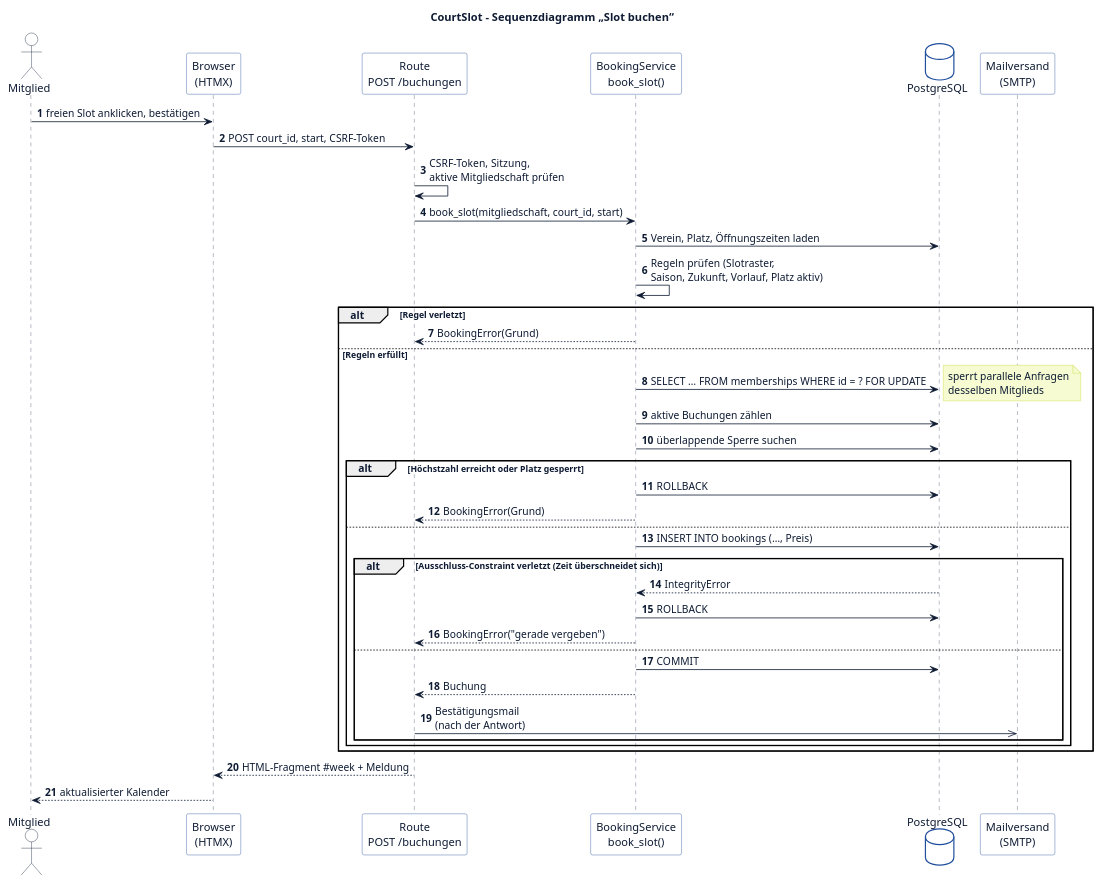
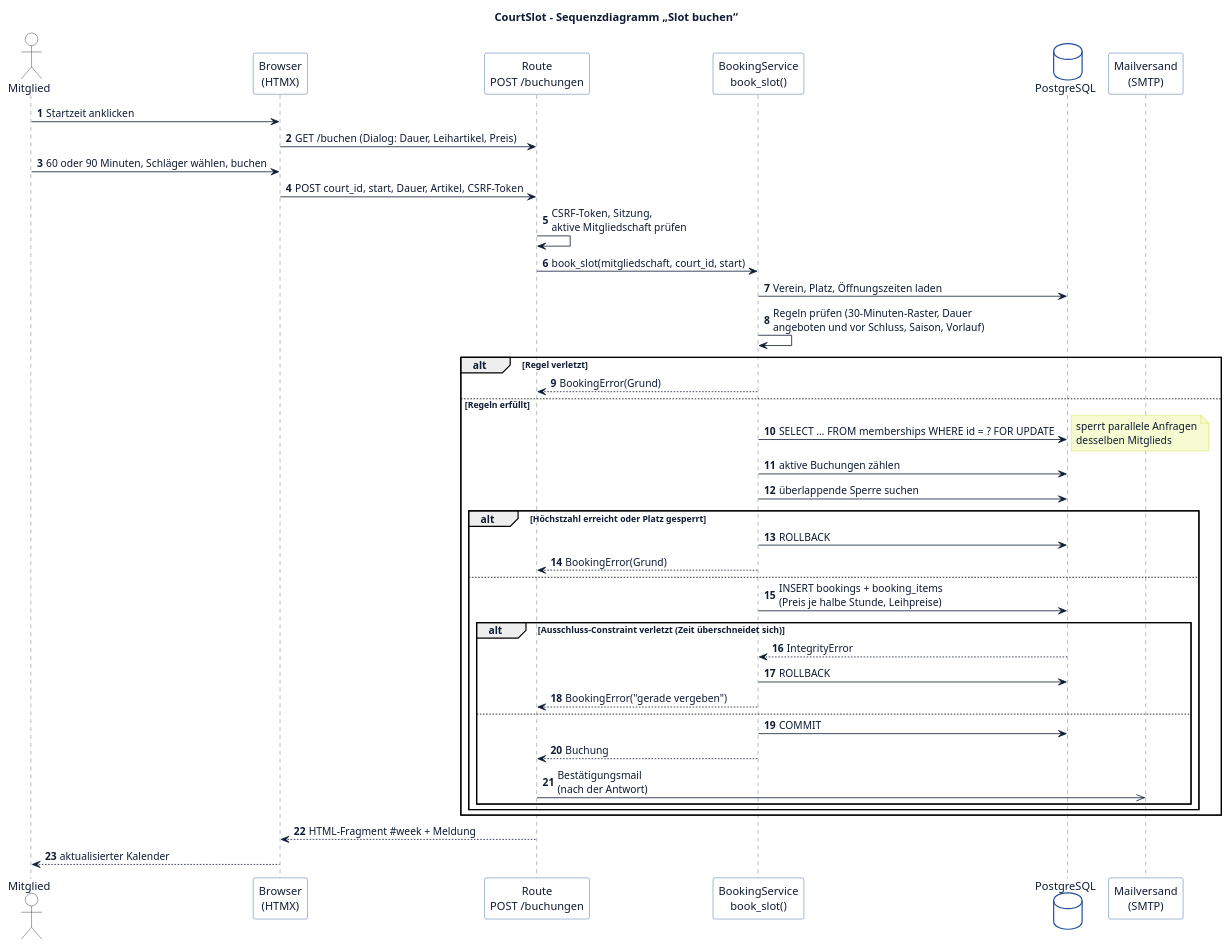
Before and after one commit to pasi140802/Anwendungsentwicklung: the diagram in docs/uml/04_sequenz_buchen.puml, drawn with PlantUML. The commit also changed 42 other files, not shown here.

First line of the commit message:
Spieldauer 60/90 wählbar, Preise pro Stunde, Schläger und Bälle leihen

```diff
--- a/docs/uml/04_sequenz_buchen.puml
+++ b/docs/uml/04_sequenz_buchen.puml
@@ -1,56 +1,58 @@
 @startuml sequenz_buchen
 title CourtSlot – Sequenzdiagramm „Slot buchen“
 skinparam shadowing false
 skinparam ArrowColor #0e1b33
 skinparam defaultFontName Arial
 skinparam defaultFontColor #0e1b33
 skinparam sequenceParticipantBorderColor #1f4e9c
 skinparam sequenceParticipantBackgroundColor #FFFFFF
 skinparam sequenceLifeLineBorderColor #4a5872
 skinparam actorBorderColor #0e1b33
 skinparam actorBackgroundColor #FFFFFF
 skinparam databaseBackgroundColor #FFFFFF
 skinparam databaseBorderColor #1f4e9c
 skinparam noteBackgroundColor #f6fbd2
 skinparam noteBorderColor #c6d82c
 autonumber
 
 actor Mitglied
 participant "Browser\n(HTMX)" as B
 participant "Route\nPOST /buchungen" as R
 participant "BookingService\nbook_slot()" as S
 database "PostgreSQL" as DB
 participant "Mailversand\n(SMTP)" as M
 
-Mitglied -> B : freien Slot anklicken, bestätigen
-B -> R : POST court_id, start, CSRF-Token
+Mitglied -> B : Startzeit anklicken
+B -> R : GET /buchen (Dialog: Dauer, Leihartikel, Preis)
+Mitglied -> B : 60 oder 90 Minuten, Schläger wählen, buchen
+B -> R : POST court_id, start, Dauer, Artikel, CSRF-Token
 R -> R : CSRF-Token, Sitzung,\naktive Mitgliedschaft prüfen
 R -> S : book_slot(mitgliedschaft, court_id, start)
 S -> DB : Verein, Platz, Öffnungszeiten laden
-S -> S : Regeln prüfen (Slotraster,\nSaison, Zukunft, Vorlauf, Platz aktiv)
+S -> S : Regeln prüfen (30-Minuten-Raster, Dauer\nangeboten und vor Schluss, Saison, Vorlauf)
 alt Regel verletzt
   S --> R : BookingError(Grund)
 else Regeln erfüllt
   S -> DB : SELECT … FROM memberships WHERE id = ? FOR UPDATE
   note right : sperrt parallele Anfragen\ndesselben Mitglieds
   S -> DB : aktive Buchungen zählen
   S -> DB : überlappende Sperre suchen
   alt Höchstzahl erreicht oder Platz gesperrt
     S -> DB : ROLLBACK
     S --> R : BookingError(Grund)
   else
-    S -> DB : INSERT INTO bookings (…, Preis)
+    S -> DB : INSERT bookings + booking_items\n(Preis je halbe Stunde, Leihpreise)
     alt Ausschluss-Constraint verletzt (Zeit überschneidet sich)
       DB --> S : IntegrityError
       S -> DB : ROLLBACK
       S --> R : BookingError("gerade vergeben")
     else
       S -> DB : COMMIT
       S --> R : Buchung
       R ->> M : Bestätigungsmail\n(nach der Antwort)
     end
   end
 end
 R --> B : HTML-Fragment #week + Meldung
 B --> Mitglied : aktualisierter Kalender
 @enduml
```
